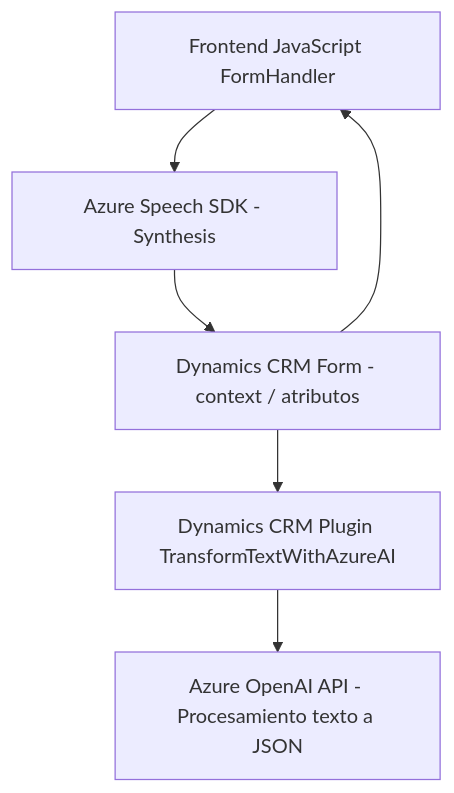
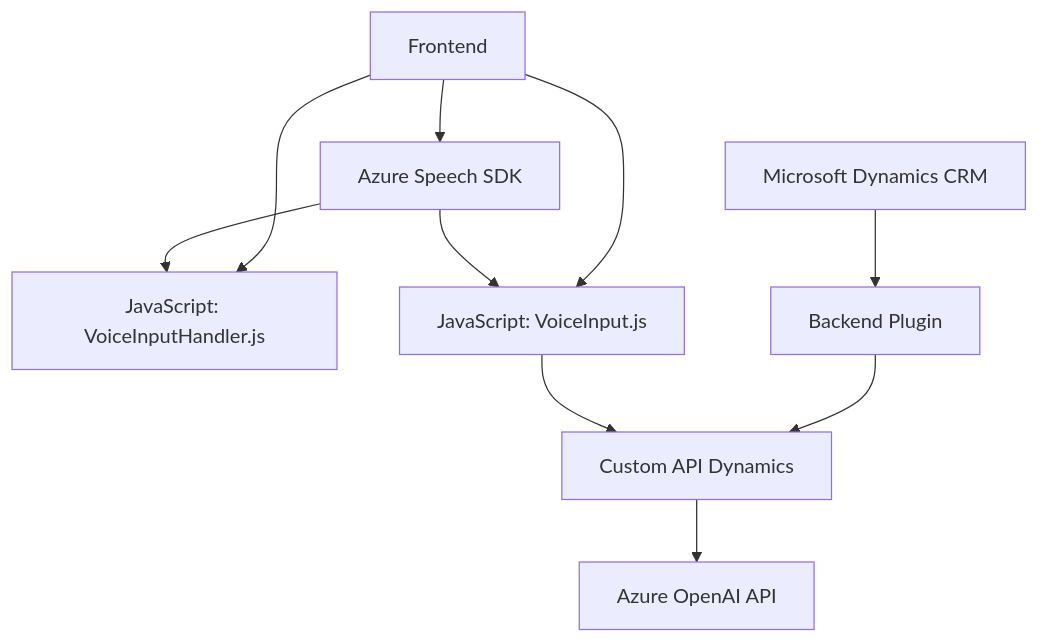
One commit to blopezdm/NETCORE_BILBAO2025 changed the diagram in README.md. Above: the diagram before and after it, drawn with Mermaid. The commit also changed other lines of this file, not shown here.

````diff
--- a/README.md
+++ b/README.md
@@ -48,14 +35,21 @@
 ```mermaid
 graph TD
-    A["Dynamics CRM Plugin TransformTextWithAzureAI"]
-    B["Azure OpenAI API - Procesamiento texto a JSON"]
-    C["Frontend JavaScript FormHandler"]
-    D["Azure Speech SDK - Synthesis"]
-    E["Dynamics CRM Form - context / atributos"]
+A["Frontend"]
+B["Azure Speech SDK"]
+C["JavaScript: VoiceInputHandler.js"]
+D["JavaScript: VoiceInput.js"]
+E["Microsoft Dynamics CRM"]
+F["Backend Plugin"]
+G["Custom API Dynamics"]
+H["Azure OpenAI API"]
 
-    A --> B
-    E --> A
-    E --> C
-    C --> D
-    D --> E
+A --> B
+A --> C
+A --> D
+B --> C
+B --> D
+E --> F
+F --> G
+G --> H
+D --> G
 ```
````
